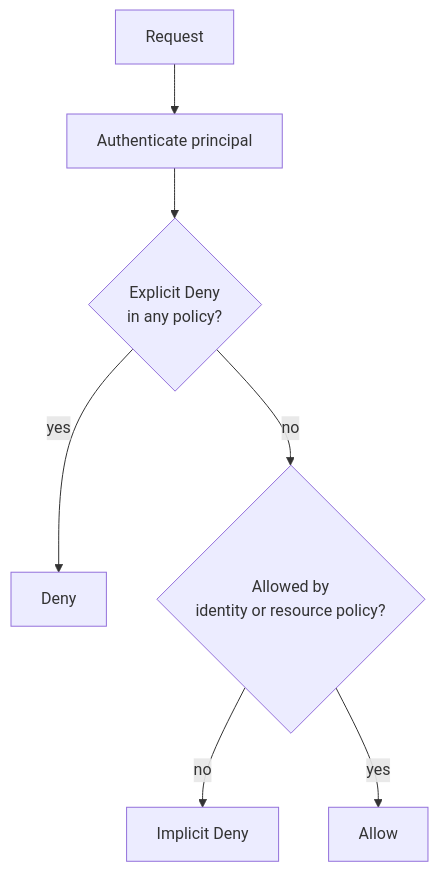
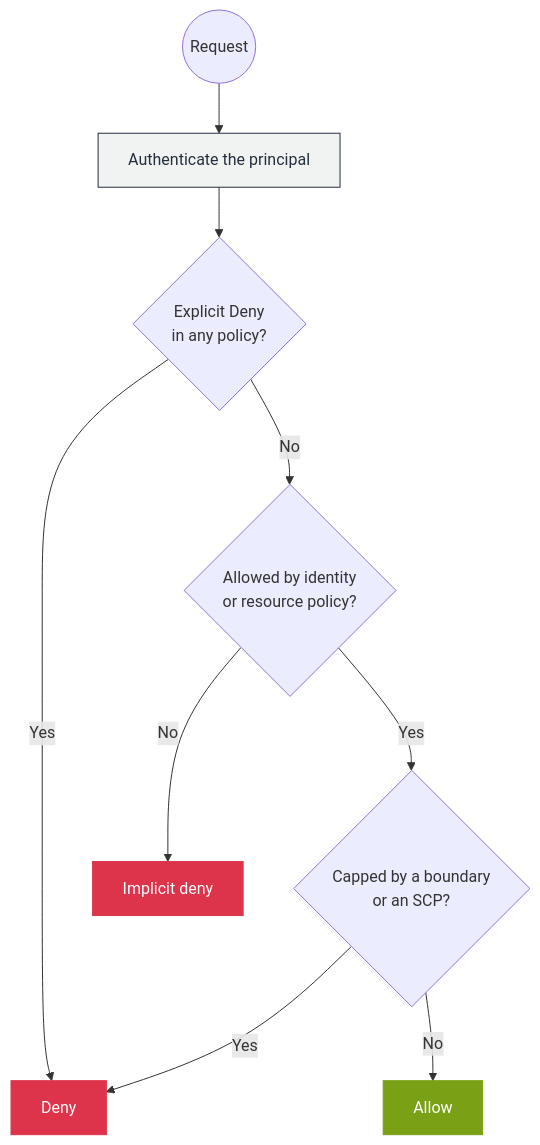
Before and after one commit to GabrielAlmeidaFlores/AWS-CloudOps-Engineer-Associate-Doc: the diagram in 02-services/13-security-identity-compliance/01-iam/01-concepts.md, drawn with Mermaid. The commit also changed other lines of this file and 22 other files, not shown here.

First line of the commit message:
docs: AWS-styled Mermaid, IAM/VPC console screenshots, and AGENTS.md rules

````diff
--- a/02-services/13-security-identity-compliance/01-iam/01-concepts.md
+++ b/02-services/13-security-identity-compliance/01-iam/01-concepts.md
@@ -59,9 +67,17 @@
 ```mermaid
 flowchart TD
-    R[Request] --> A[Authenticate principal]
+    R(("Request")) --> A["Authenticate the principal"]
     A --> E{"Explicit Deny<br/>in any policy?"}
-    E -->|yes| D[Deny]
-    E -->|no| U{"Allowed by<br/>identity or resource policy?"}
-    U -->|no| D2[Implicit Deny]
-    U -->|yes| AL[Allow]
+    E -->|Yes| D["Deny"]
+    E -->|No| U{"Allowed by identity<br/>or resource policy?"}
+    U -->|No| D2["Implicit deny"]
+    U -->|Yes| C{"Capped by a boundary<br/>or an SCP?"}
+    C -->|Yes| D
+    C -->|No| AL["Allow"]
+    classDef step fill:#F1F3F3,stroke:#232F3E,color:#232F3E
+    classDef deny fill:#DD344C,stroke:#DD344C,color:#ffffff
+    classDef ok fill:#7AA116,stroke:#7AA116,color:#ffffff
+    class A step
+    class D,D2 deny
+    class AL ok
 ```
````
